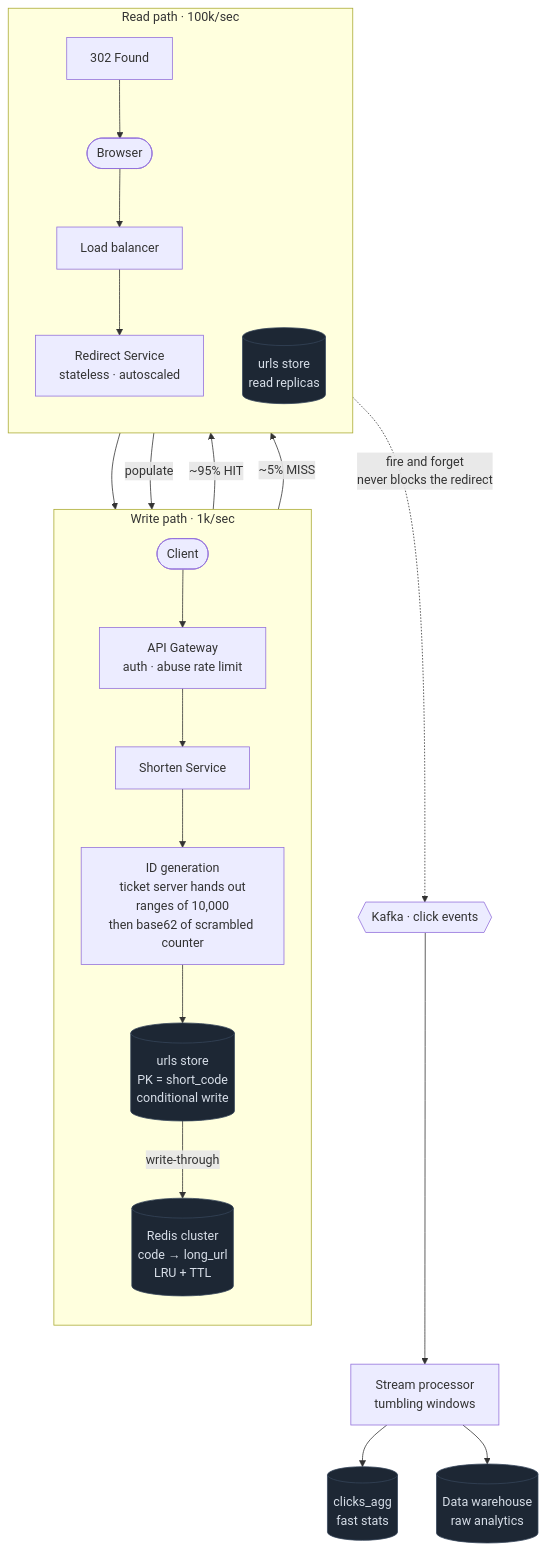
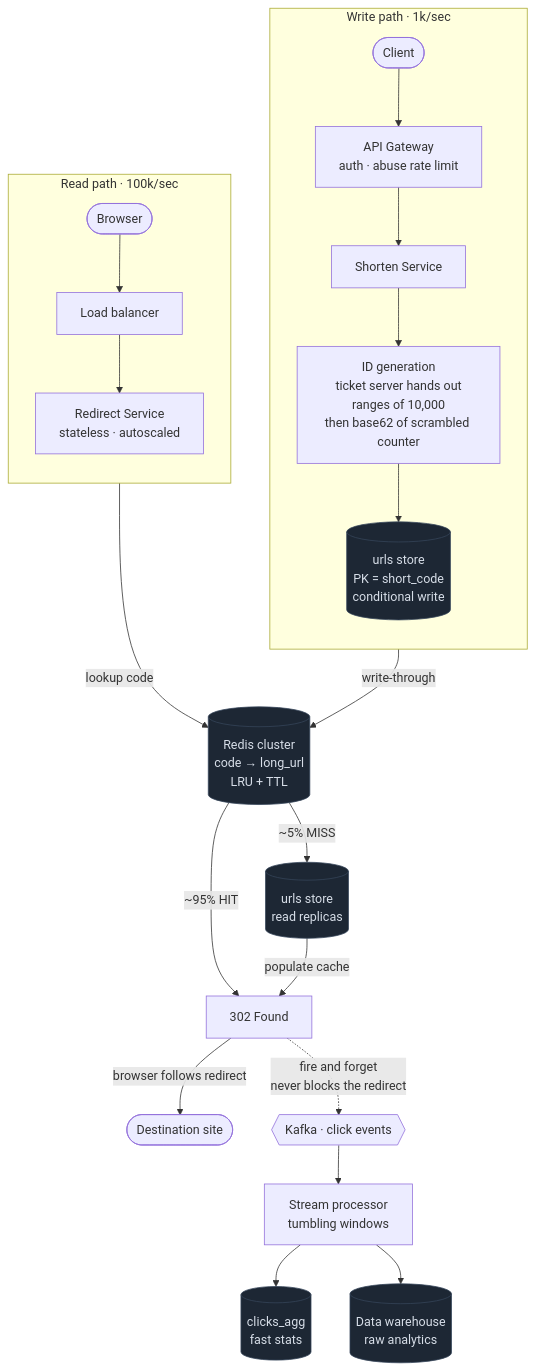
Before and after one commit to mertkahyaoglu/atlas: the diagram in content/designs/03-url-shortener.md, drawn with Mermaid. The commit also changed other lines of this file and 27 other files, not shown here.

First line of the commit message:
Diagram tooltips, design frontmatter panels, clearer architecture diagrams

````diff
--- a/content/designs/03-url-shortener.md
+++ b/content/designs/03-url-shortener.md
@@ -69,32 +108,36 @@
 ```mermaid
 flowchart TB
-    Cache[("Redis cluster<br/>code → long_url<br/>LRU + TTL")]
-
     subgraph W ["Write path · 1k/sec"]
         direction TB
         Creator([Client]) --> WGW[API Gateway<br/>auth · abuse rate limit]
         WGW --> Shorten[Shorten Service]
         Shorten --> IDGen["ID generation<br/>ticket server hands out<br/>ranges of 10,000<br/>then base62 of scrambled counter"]
         IDGen --> Store[("urls store<br/>PK = short_code<br/>conditional write")]
-        Store -- "write-through" --> Cache
     end
 
     subgraph R ["Read path · 100k/sec"]
         direction TB
         Browser([Browser]) --> LB[Load balancer]
         LB --> Redirect[Redirect Service<br/>stateless · autoscaled]
-        Redirect --> Cache
-        Cache -- "~95% HIT" --> Resp["302 Found"]
-        Cache -- "~5% MISS" --> Replica[("urls store<br/>read replicas")]
-        Replica -- "populate" --> Cache
-        Resp --> Browser
     end
+
+    Cache[("Redis cluster<br/>code → long_url<br/>LRU + TTL")]
+    Store -- "write-through" --> Cache
+    Redirect -- "lookup code" --> Cache
+    Cache -- "~95% HIT" --> Resp["302 Found"]
+    Cache -- "~5% MISS" --> Replica[("urls store<br/>read replicas")]
+    Replica -- "populate cache" --> Resp
+    Resp -- "browser follows redirect" --> Dest([Destination site])
 
     Resp -. "fire and forget<br/>never blocks the redirect" .-> Clicks{{"Kafka · click events"}}
     Clicks --> Flink["Stream processor<br/>tumbling windows"]
     Flink --> Agg[("clicks_agg<br/>fast stats")]
     Flink --> Warehouse[("Data warehouse<br/>raw analytics")]
 
     classDef store fill:#1d2734,stroke:#35455a,color:#d7dee8
     class Store,Cache,Replica,Agg,Warehouse store
+
+    click Cache href "/docs/04-caching" "Role: answers most redirects from memory, keeping p99 latency low.<br/>Trade-off: deleted or expired links can keep redirecting until the TTL runs out."
+    click Clicks href "/docs/05-async-messaging-and-event-driven" "Role: records clicks asynchronously so the redirect never waits on analytics.<br/>Trade-off: stats lag behind, and duplicate events must be tolerated."
+    click Flink href "/docs/09-specialized-building-blocks" "Role: rolls raw clicks into windowed counts for the stats API.<br/>Trade-off: late events need watermark handling, so counts at window edges are approximate."
 ```
````
